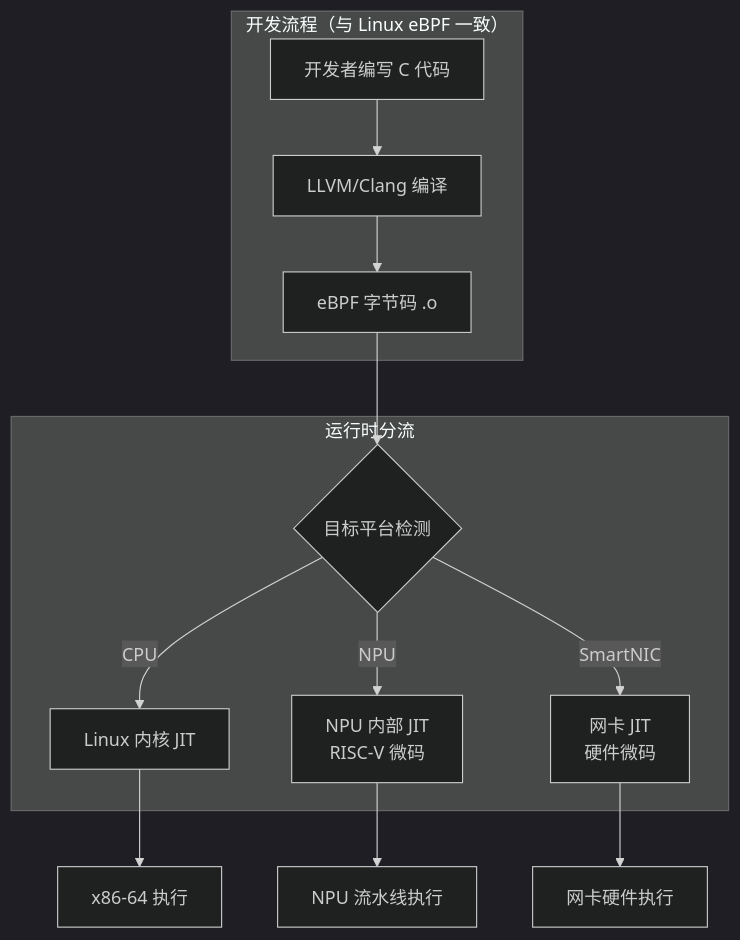
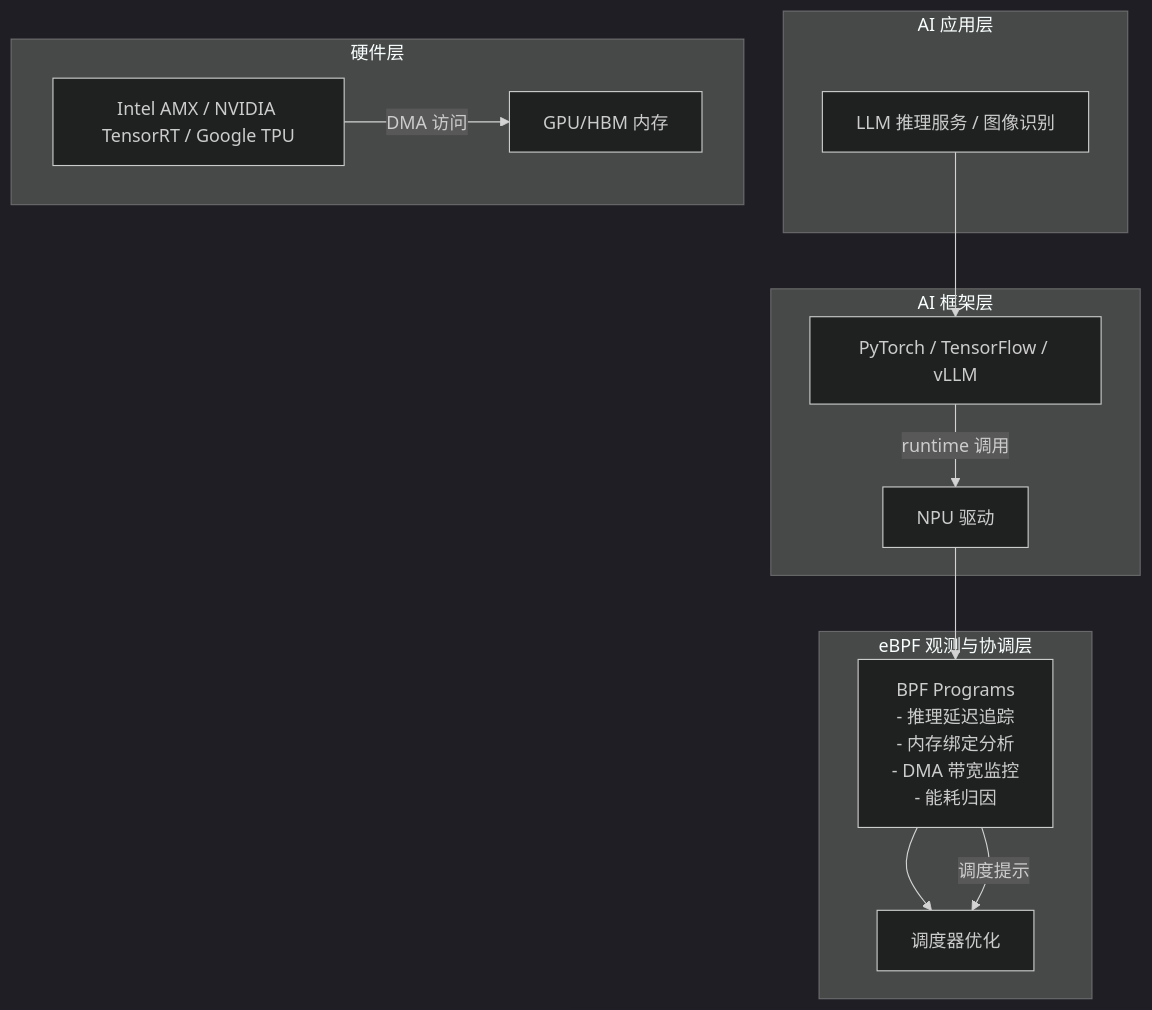
One commit to hlwqds/hl-ljj-quartz changed the first of 3 diagrams in content/2026-04-08-ebpf-deep-dive-ch35-npu-tpu-ai-hardware.md. Above: the diagram before and after it, drawn with Mermaid (dark theme). The commit also changed other lines of this file and 618 other files, not shown here.

````diff
--- a/content/2026-04-08-ebpf-deep-dive-ch35-npu-tpu-ai-hardware.md
+++ b/content/2026-04-08-ebpf-deep-dive-ch35-npu-tpu-ai-hardware.md
@@ -105,18 +76,25 @@
 ```mermaid
 graph TB
-    subgraph "开发流程（与 Linux eBPF 一致）"
-        Dev[开发者编写 C 代码] --> LLVM[LLVM/Clang 编译]
-        LLVM --> Bytecode[eBPF 字节码 .o]
+    subgraph "AI 应用层"
+        App[LLM 推理服务 / 图像识别]
     end
 
-    subgraph "运行时分流"
-        Bytecode --> Detect{目标平台检测}
-        Detect --> |"CPU"| Kernel_JIT[Linux 内核 JIT]
-        Detect --> |"NPU"| NPU_JIT[NPU 内部 JIT<br/>RISC-V 微码]
-        Detect --> |"SmartNIC"| NIC_JIT[网卡 JIT<br/>硬件微码]
+    subgraph "AI 框架层"
+        FW[PyTorch / TensorFlow / vLLM]
+        FW --> |"runtime 调用"| NPU[NPU 驱动]
     end
 
-    Kernel_JIT --> CPU_Exec[x86-64 执行]
-    NPU_JIT --> NPU_Exec[NPU 流水线执行]
-    NIC_JIT --> NIC_Exec[网卡硬件执行]
+    subgraph "eBPF 观测与协调层"
+        EBPF[BPF Programs<br>- 推理延迟追踪<br>- 内存绑定分析<br>- DMA 带宽监控<br>- 能耗归因]
+        NPU --> EBPF
+        EBPF --> Sched[调度器优化]
+    end
+
+    subgraph "硬件层"
+        NPU_HW[Intel AMX / NVIDIA TensorRT / Google TPU]
+        NPU_HW --> |"DMA 访问"| Mem[GPU/HBM 内存]
+    end
+
+    App --> FW
+    EBPF --> |"调度提示"| Sched
 ```
````
